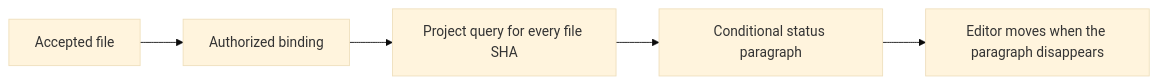
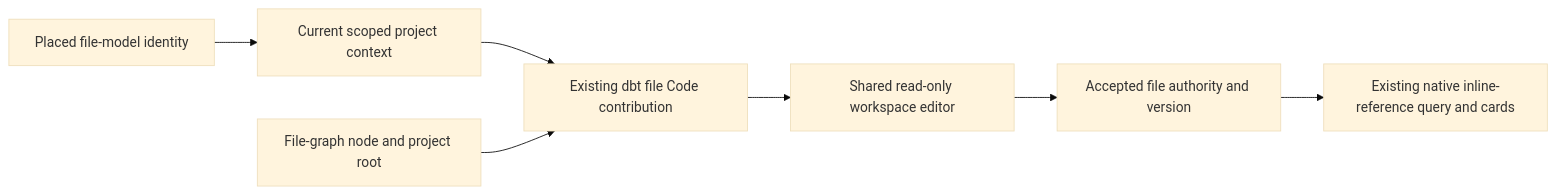
The first of 6 diagrams in docs/architecture/components/web/code-workbench-workspace-files-component.md (dunay2/dvt), drawn with Mermaid (base theme) before and after one commit. The commit also changed other lines of this file and 349 other files, not shown here.

First line of the commit message:
feat(web): Unify Canvas instances and project Code navigation (#3805)

````diff
--- a/docs/architecture/components/web/code-workbench-workspace-files-component.md
+++ b/docs/architecture/components/web/code-workbench-workspace-files-component.md
@@ -132,7 +34,9 @@
 ```mermaid
 flowchart LR
-  F[Accepted file] --> B[Authorized binding]
-  B --> G[Project query for every file SHA]
-  G --> P[Conditional status paragraph]
-  P --> J[Editor moves when the paragraph disappears]
+  Reference[Placed file-model identity] --> Project[Current scoped project context]
+  Project --> Adapter[Existing dbt file Code contribution]
+  FileGraph[File-graph node and project root] --> Adapter
+  Adapter --> Editor[Shared read-only workspace editor]
+  Editor --> Context[Accepted file authority and version]
+  Context --> Cards[Existing native inline-reference query and cards]
 ```
````
